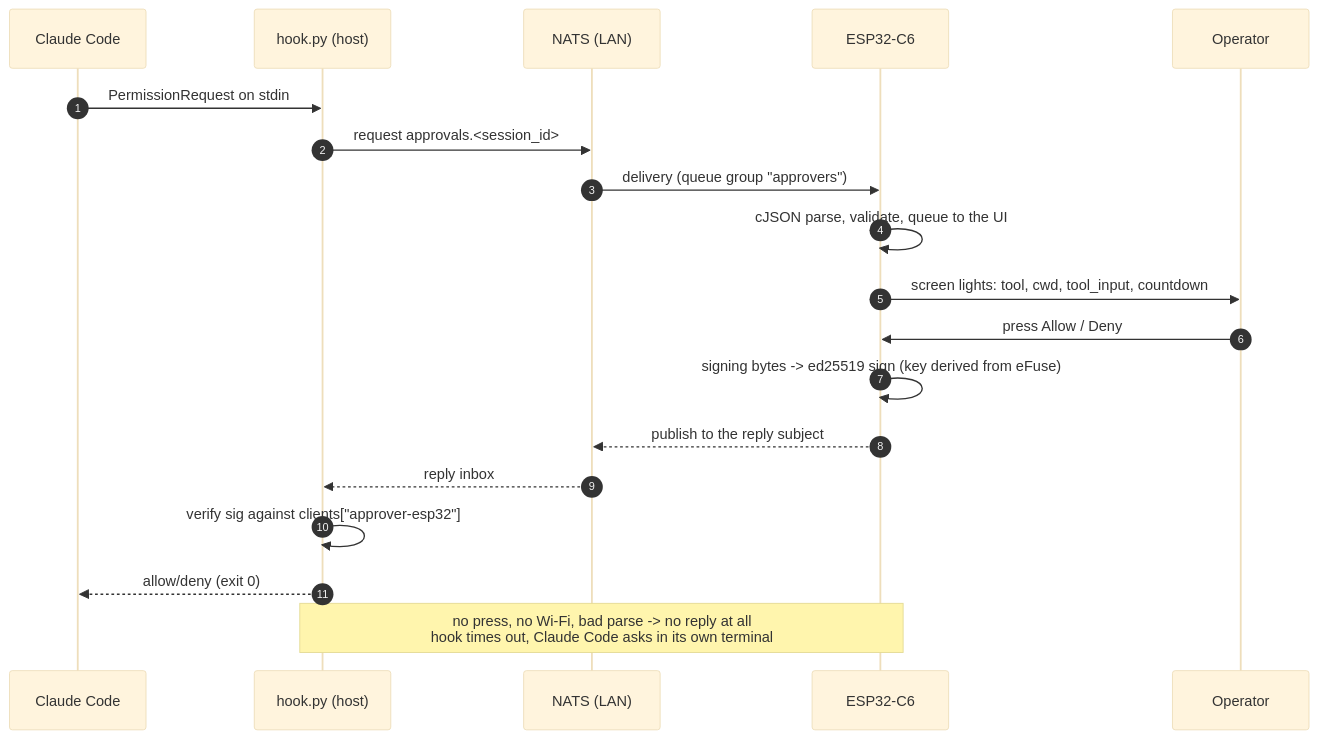
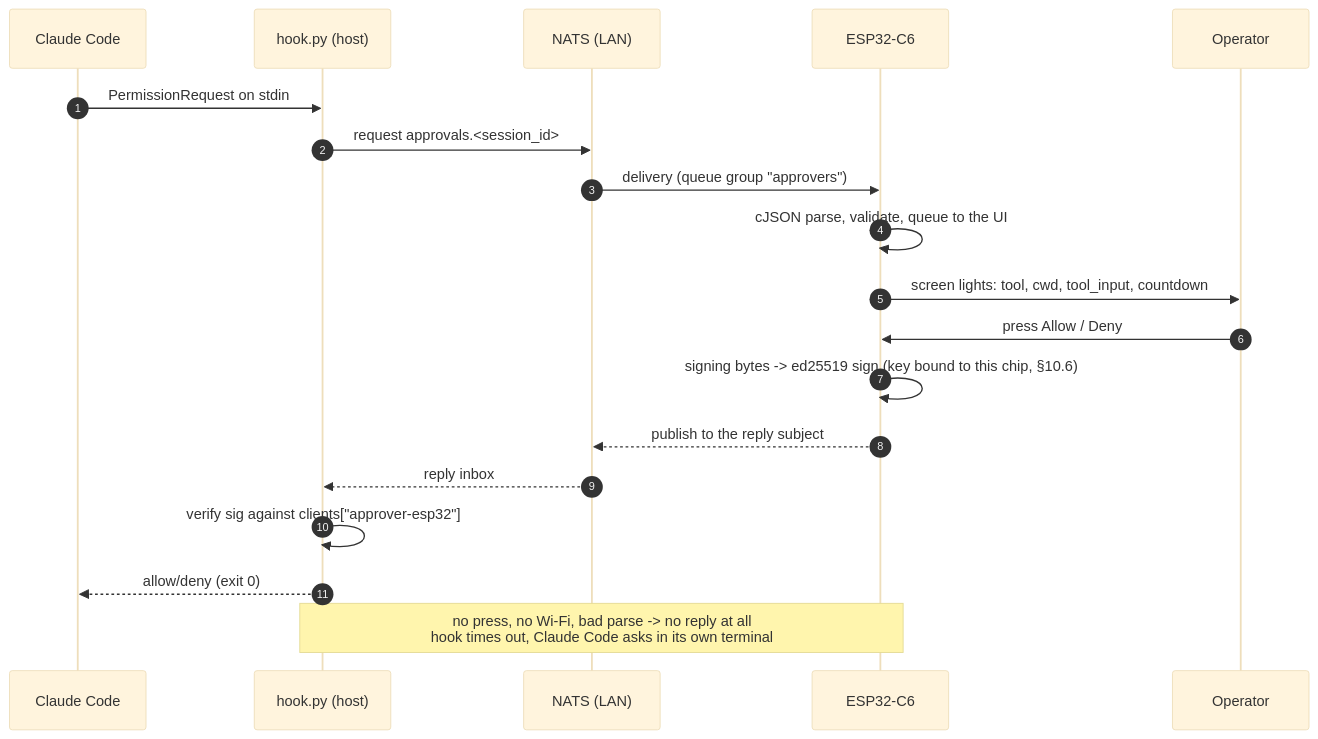
The diagram in approver-esp32/CLAUDE.md (merlokk/ai-remote), drawn with Mermaid (base theme) before and after one commit. The commit also changed 9 other files, not shown here.

````diff
--- a/approver-esp32/CLAUDE.md
+++ b/approver-esp32/CLAUDE.md
@@ -171,22 +171,22 @@
 ```mermaid
 sequenceDiagram
     autonumber
     participant CC as Claude Code
     participant H as hook.py (host)
     participant N as NATS (LAN)
     participant D as ESP32-C6
     participant O as Operator
 
     CC->>H: PermissionRequest on stdin
     H->>N: request approvals.<session_id>
     N->>D: delivery (queue group "approvers")
     D->>D: cJSON parse, validate, queue to the UI
     D->>O: screen lights: tool, cwd, tool_input, countdown
     O->>D: press Allow / Deny
-    D->>D: signing bytes -> ed25519 sign (key derived from eFuse)
+    D->>D: signing bytes -> ed25519 sign (key bound to this chip, §10.6)
     D-->>N: publish to the reply subject
     N-->>H: reply inbox
     H->>H: verify sig against clients["approver-esp32"]
     H-->>CC: allow/deny (exit 0)
     Note over D,H: no press, no Wi-Fi, bad parse -> no reply at all<br/>hook times out, Claude Code asks in its own terminal
 ```
````
